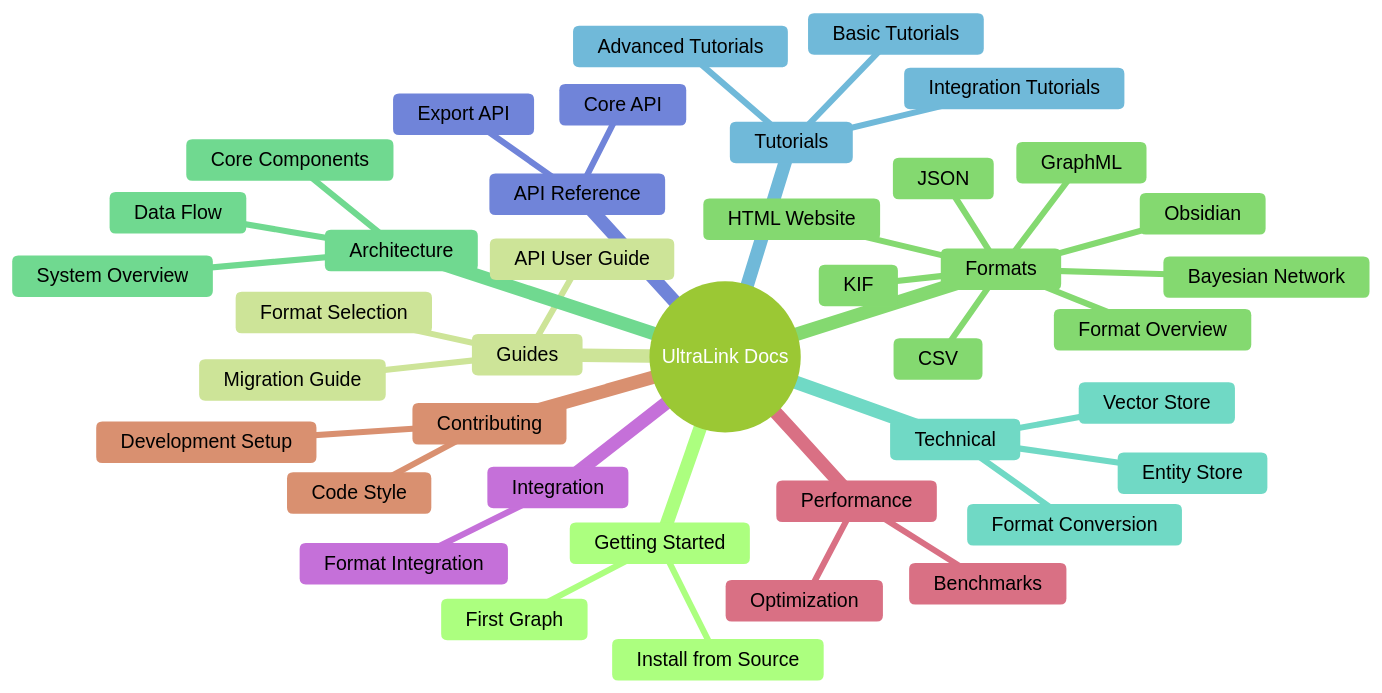
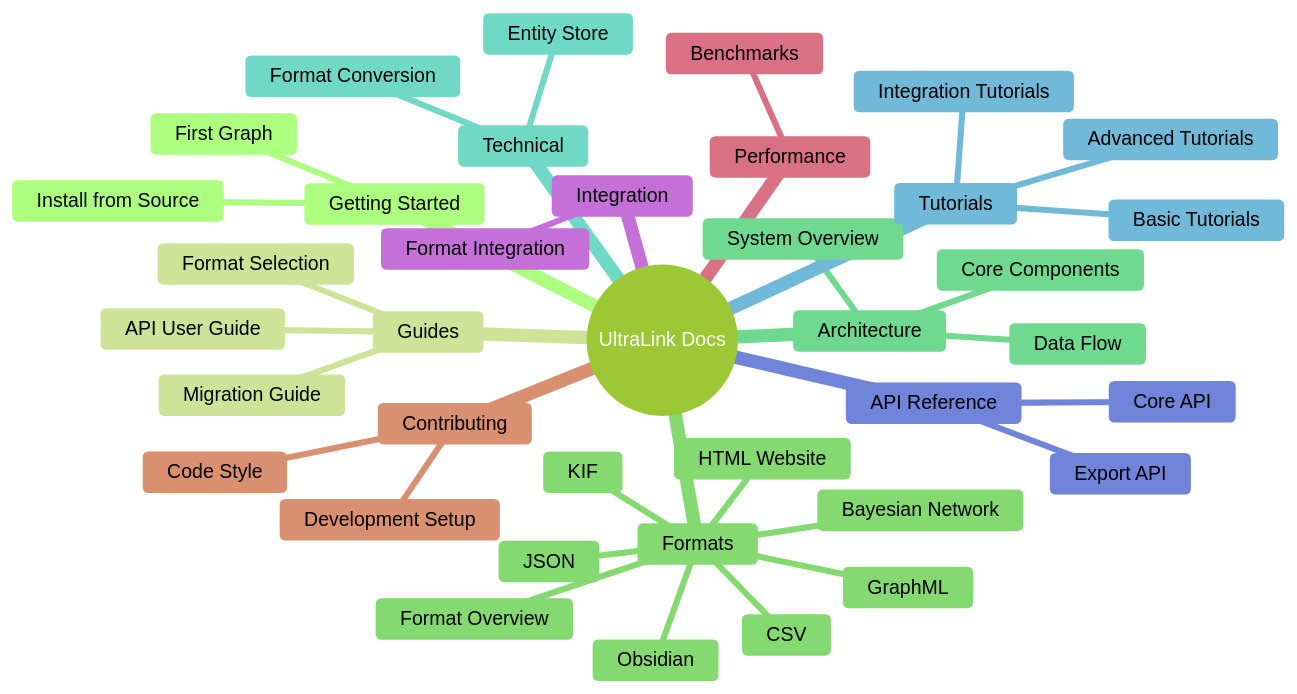
Before and after one commit to docxology/ultralink-docx: the diagram in docs/README.md, drawn with Mermaid (forest theme). The commit also changed other lines of this file and 1 other file, not shown here.

````diff
--- a/docs/README.md
+++ b/docs/README.md
@@ -35,43 +35,41 @@
 ```mermaid
 mindmap
   root((UltraLink Docs))
     Getting Started
       Install from Source
       First Graph
     Guides
       API User Guide
       Format Selection
       Migration Guide
     Formats
       JSON
       GraphML
       CSV
       Obsidian
       HTML Website
       Bayesian Network
       KIF
       Format Overview
     Architecture
       System Overview
       Core Components
       Data Flow
     Technical
       Format Conversion
       Entity Store
-      Vector Store
     Tutorials
       Basic Tutorials
       Advanced Tutorials
       Integration Tutorials
     API Reference
       Core API
       Export API
     Integration
       Format Integration
     Performance
       Benchmarks
-      Optimization
     Contributing
       Development Setup
       Code Style
 ```
````
